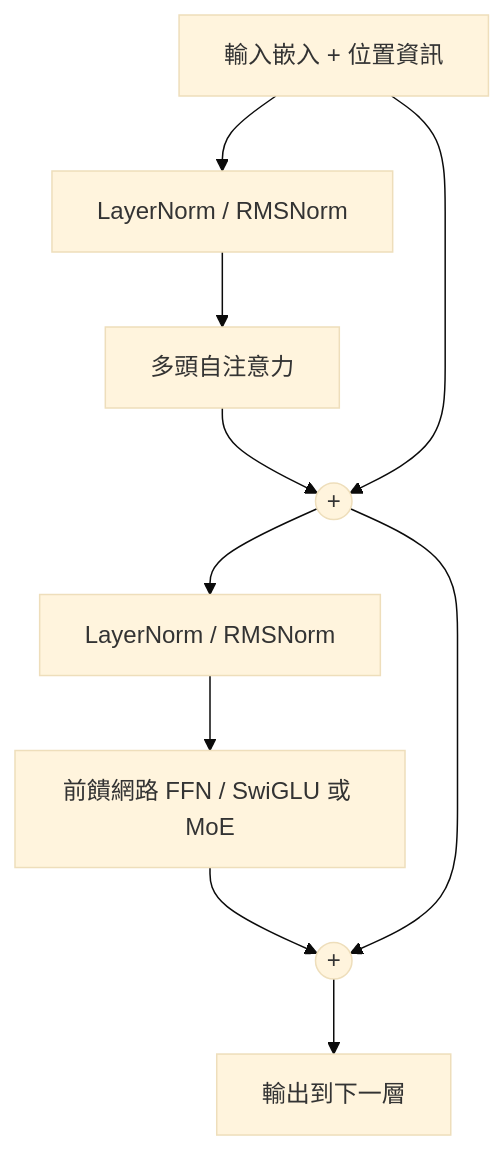
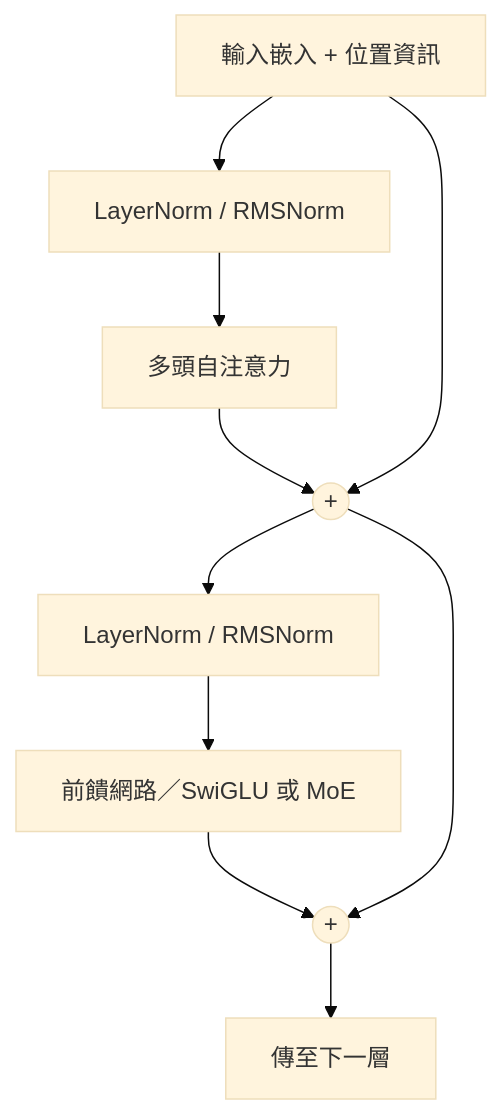
Before and after one commit to zi-yue-1129/ai-wiki: the diagram in docs/models/transformer/index.zh-TW.md, drawn with Mermaid (base theme). The commit also changed other lines of this file and 7 other files, not shown here.

````diff
--- a/docs/models/transformer/index.zh-TW.md
+++ b/docs/models/transformer/index.zh-TW.md
@@ -29,12 +27,12 @@
 ```mermaid
 flowchart TB
   X[輸入嵌入 + 位置資訊] --> N1[LayerNorm / RMSNorm]
   N1 --> A[多頭自注意力]
   A --> R1((+))
   X --> R1
   R1 --> N2[LayerNorm / RMSNorm]
-  N2 --> F[前饋網路 FFN / SwiGLU 或 MoE]
+  N2 --> F[前饋網路／SwiGLU 或 MoE]
   F --> R2((+))
   R1 --> R2
-  R2 --> Y[輸出到下一層]
+  R2 --> Y[傳至下一層]
 ```
````
